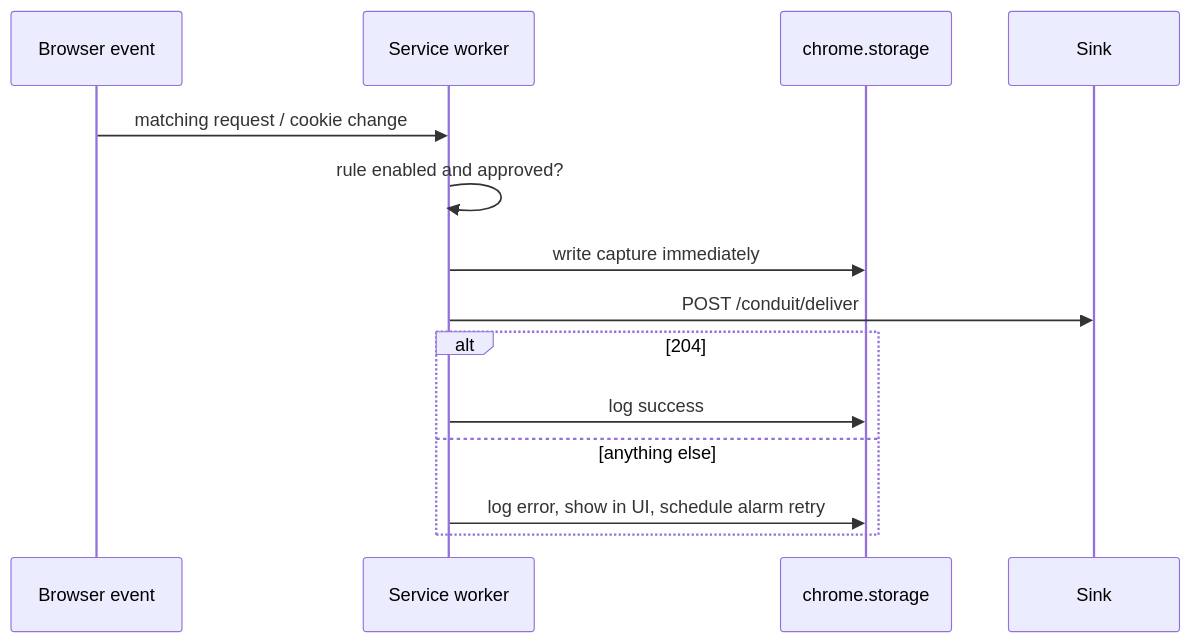
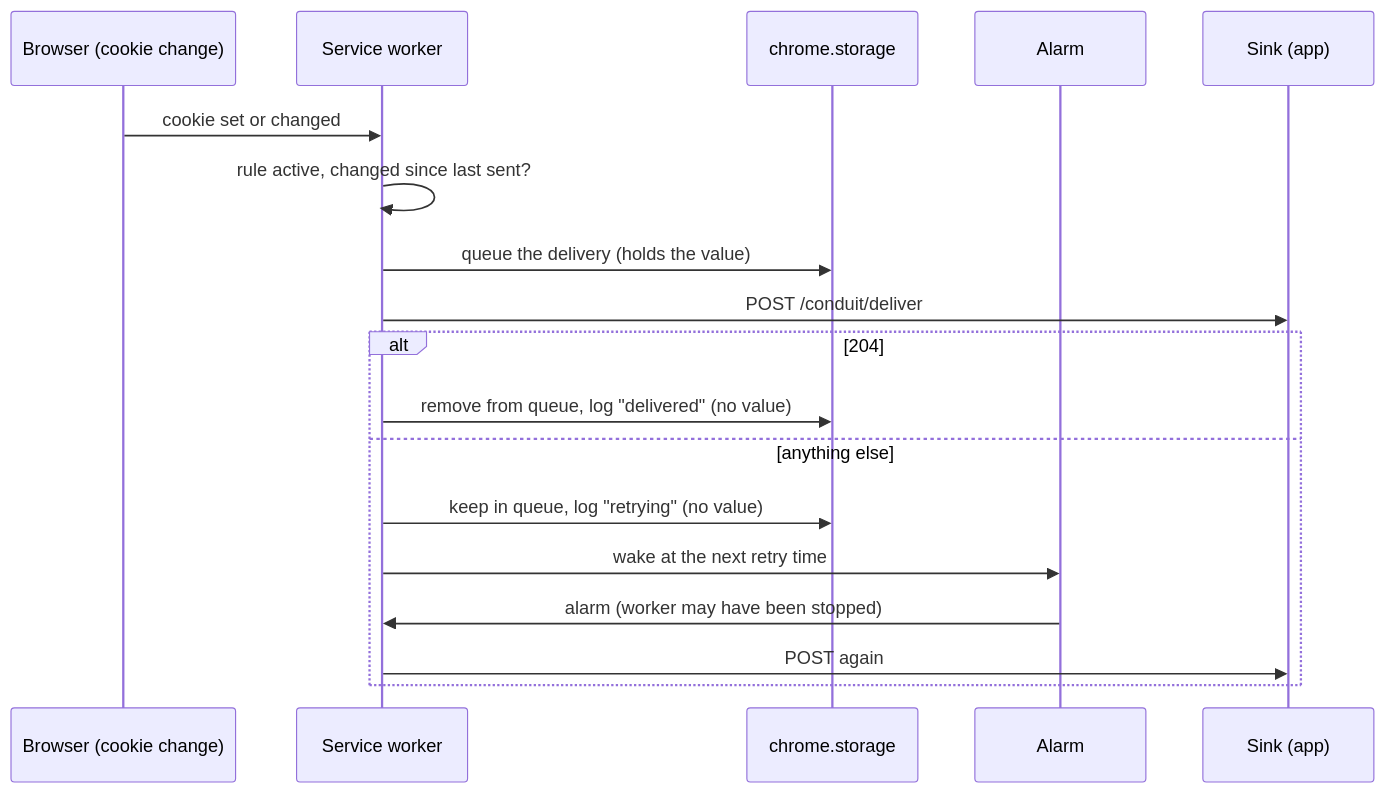
Before and after one commit to BlackCanyonSoftware/conduit_extension_BCS: the fourth of 4 diagrams in docs/ARCHITECTURE.md, drawn with Mermaid. The commit also changed other lines of this file and 8 other files, not shown here.

Commit message:
docs: integration contract, ADR 0006, apps and delivery in the architecture, handoff and changelog

````diff
--- a/docs/ARCHITECTURE.md
+++ b/docs/ARCHITECTURE.md
@@ -110,16 +123,20 @@
 ```mermaid
 sequenceDiagram
-  participant B as Browser event
+  participant B as Browser (cookie change)
   participant W as Service worker
   participant S as chrome.storage
-  participant K as Sink
-  B->>W: matching request / cookie change
-  W->>W: rule enabled and approved?
-  W->>S: write capture immediately
+  participant A as Alarm
+  participant K as Sink (app)
+  B->>W: cookie set or changed
+  W->>W: rule active, changed since last sent?
+  W->>S: queue the delivery (holds the value)
   W->>K: POST /conduit/deliver
   alt 204
-    W->>S: log success
+    W->>S: remove from queue, log "delivered" (no value)
   else anything else
-    W->>S: log error, show in UI, schedule alarm retry
+    W->>S: keep in queue, log "retrying" (no value)
+    W->>A: wake at the next retry time
+    A->>W: alarm (worker may have been stopped)
+    W->>K: POST again
   end
 ```
````
